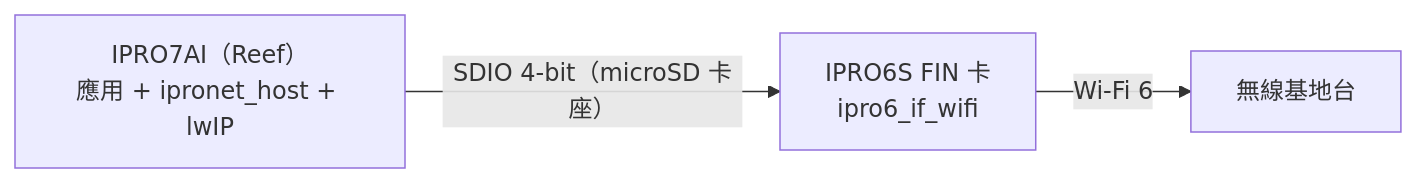
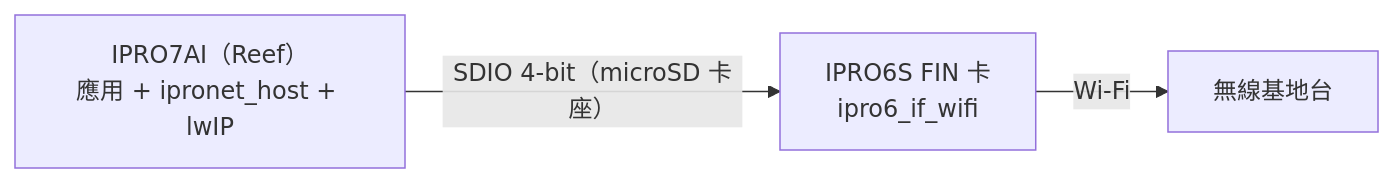
Before and after one commit to INTELPRO-INC/ipro-sdk-docs: the diagram in docs/zh/hardware/chips/ipro6s.md, drawn with Mermaid. The commit also changed other lines of this file and 173 other files, not shown here.

````diff
--- a/docs/zh/hardware/chips/ipro6s.md
+++ b/docs/zh/hardware/chips/ipro6s.md
@@ -204,5 +204,5 @@
 ```mermaid
 flowchart LR
     A["IPRO7AI（Reef）<br/>應用 + ipronet_host + lwIP"] -- "SDIO 4-bit（microSD 卡座）" --> B["IPRO6S FIN 卡<br/>ipro6_if_wifi"]
-    B -- "Wi-Fi 6" --> C["無線基地台"]
+    B -- "Wi-Fi" --> C["無線基地台"]
 ```
````
